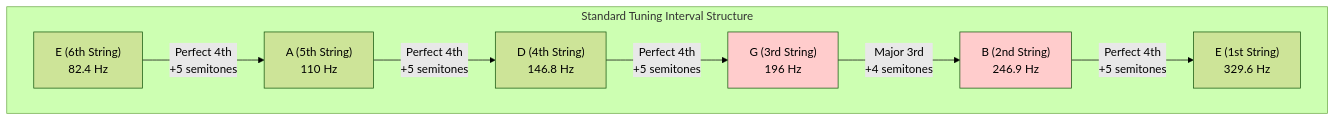
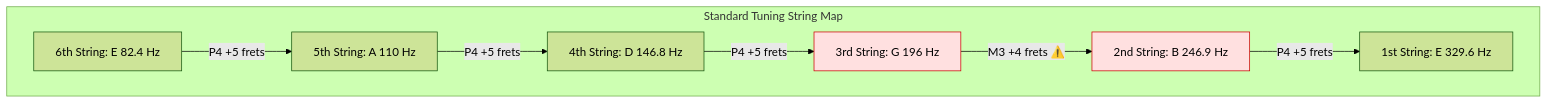
One commit to blebleblee/synapse changed the third of 6 diagrams in topics/arts/music_performance/guitar/lesson_03_scales_and_modes.md. Above: the diagram before and after it, drawn with Mermaid (forest theme). The commit also changed other lines of this file and 2 other files, not shown here.

````diff
--- a/topics/arts/music_performance/guitar/lesson_03_scales_and_modes.md
+++ b/topics/arts/music_performance/guitar/lesson_03_scales_and_modes.md
@@ -83,13 +66,13 @@
 ```mermaid
 graph TD
-    subgraph sub_standard_tuning_interval_structu ["Standard Tuning Interval Structure"]
-        E1["E (6th String)<br/>82.4 Hz"] -->|"Perfect 4th<br/>+5 semitones"| A["A (5th String)<br/>110 Hz"]
-        A -->|"Perfect 4th<br/>+5 semitones"| D["D (4th String)<br/>146.8 Hz"]
-        D -->|"Perfect 4th<br/>+5 semitones"| G["G (3rd String)<br/>196 Hz"]
-        G -->|"Major 3rd<br/>+4 semitones"| B["B (2nd String)<br/>246.9 Hz"]
-        B -->|"Perfect 4th<br/>+5 semitones"| E2["E (1st String)<br/>329.6 Hz"]
+    subgraph sub_standard_tuning ["Standard Tuning String Map"]
+        E6["6th String: E  82.4 Hz"] -->|"P4 +5 frets"| A5["5th String: A  110 Hz"]
+        A5 -->|"P4 +5 frets"| D4["4th String: D  146.8 Hz"]
+        D4 -->|"P4 +5 frets"| G3["3rd String: G  196 Hz"]
+        G3 -->|"M3 +4 frets ⚠️"| B2["2nd String: B  246.9 Hz"]
+        B2 -->|"P4 +5 frets"| E1["1st String: E  329.6 Hz"]
     end
-    
-    style G fill:#ffcccc
-    style B fill:#ffcccc
+
+    style G3 fill:#ffe0e0,stroke:#cc0000
+    style B2 fill:#ffe0e0,stroke:#cc0000
 ```
````
